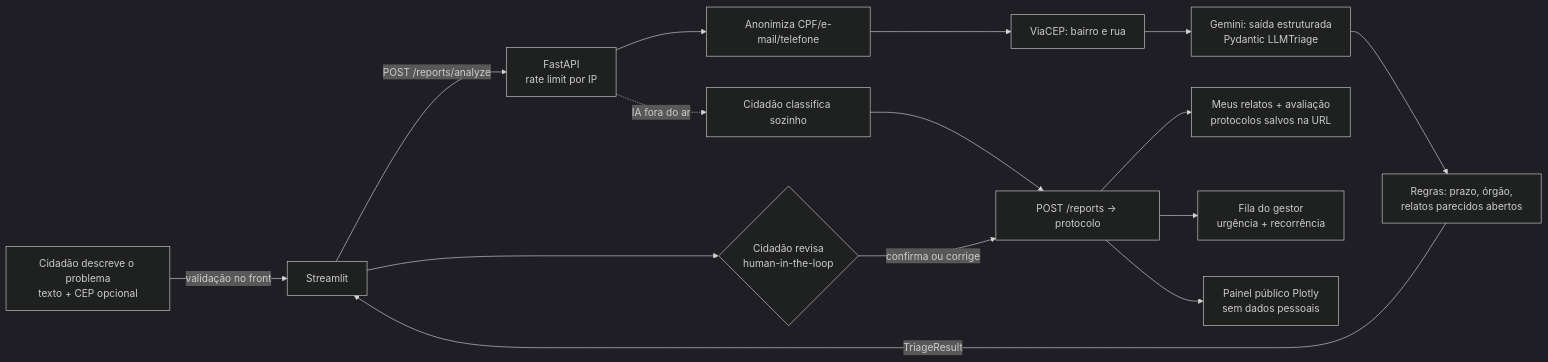
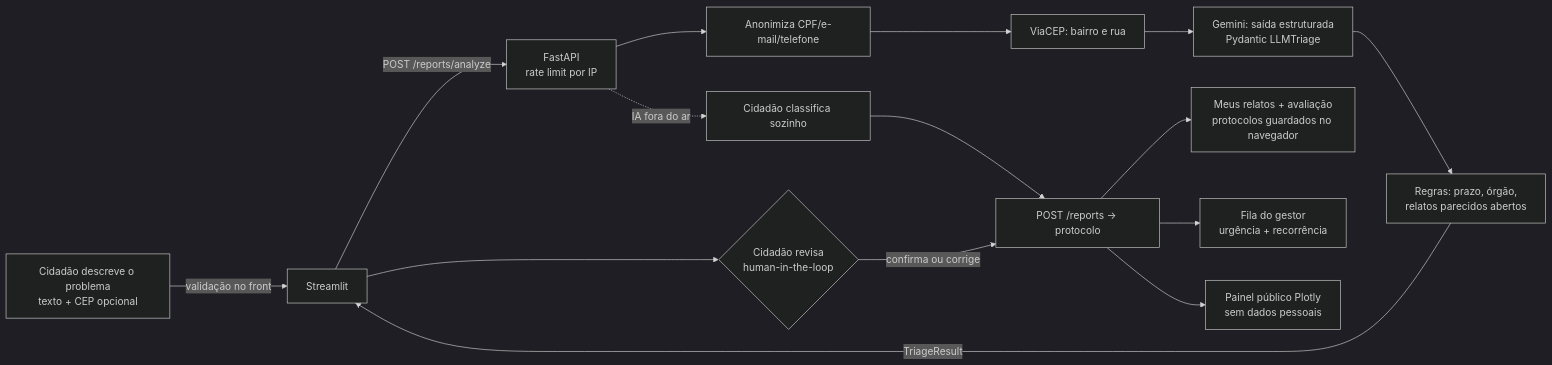
The first of 2 diagrams in README.md (Tragl56/gs-2026-2-frontend), drawn with Mermaid (dark theme) before and after one commit. The commit also changed other lines of this file, not shown here.

````diff
--- a/README.md
+++ b/README.md
@@ -53,17 +53,17 @@
 ```mermaid
 flowchart LR
     A[Cidadão descreve o problema<br/>texto + CEP opcional] -->|validação no front| B[Streamlit]
     B -->|POST /reports/analyze| C[FastAPI<br/>rate limit por IP]
     C --> D[Anonimiza CPF/e-mail/telefone]
     D --> E[ViaCEP: bairro e rua]
     E --> F[Gemini: saída estruturada<br/>Pydantic LLMTriage]
     F --> G[Regras: prazo, órgão,<br/>relatos parecidos abertos]
     G -->|TriageResult| B
     B --> H{Cidadão revisa<br/>human-in-the-loop}
     H -->|confirma ou corrige| I[POST /reports → protocolo]
     C -. IA fora do ar .-> M[Cidadão classifica sozinho]
     M --> I
-    I --> J[Meus relatos + avaliação<br/>protocolos salvos na URL]
+    I --> J[Meus relatos + avaliação<br/>protocolos guardados no navegador]
     I --> K[Fila do gestor<br/>urgência + recorrência]
     I --> L[Painel público Plotly<br/>sem dados pessoais]
 ```
````
